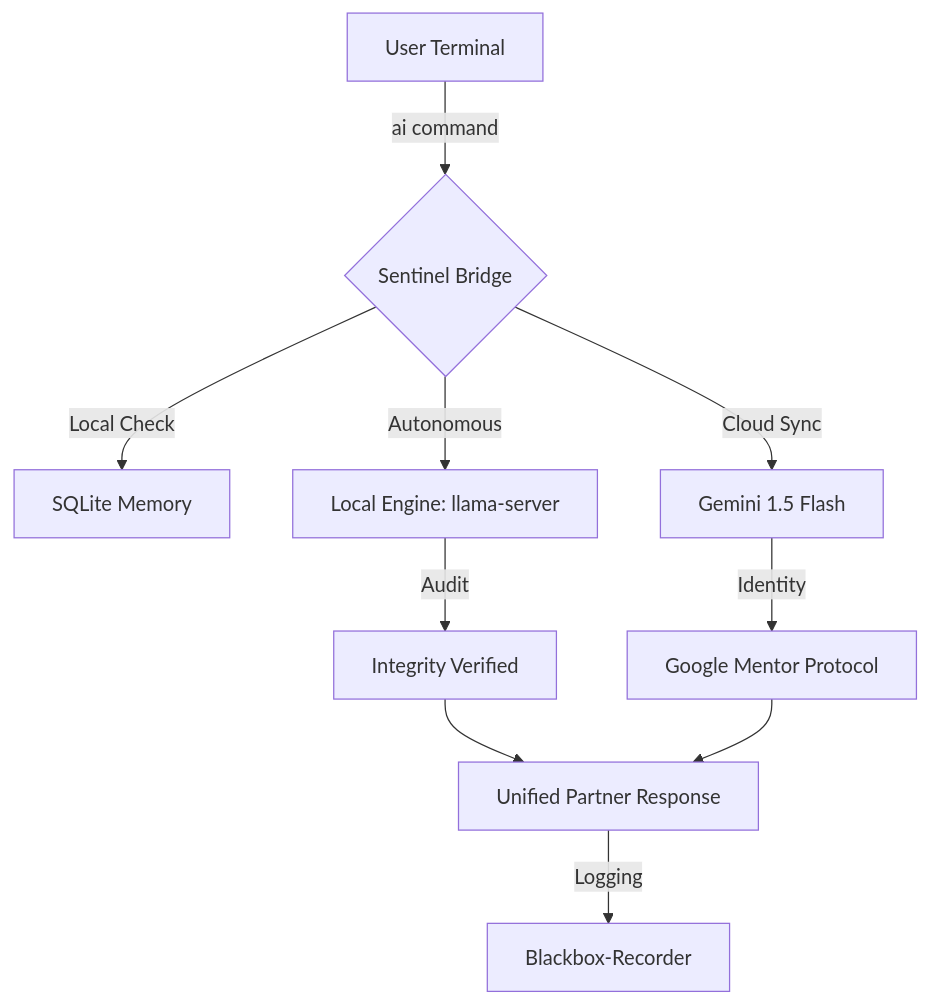
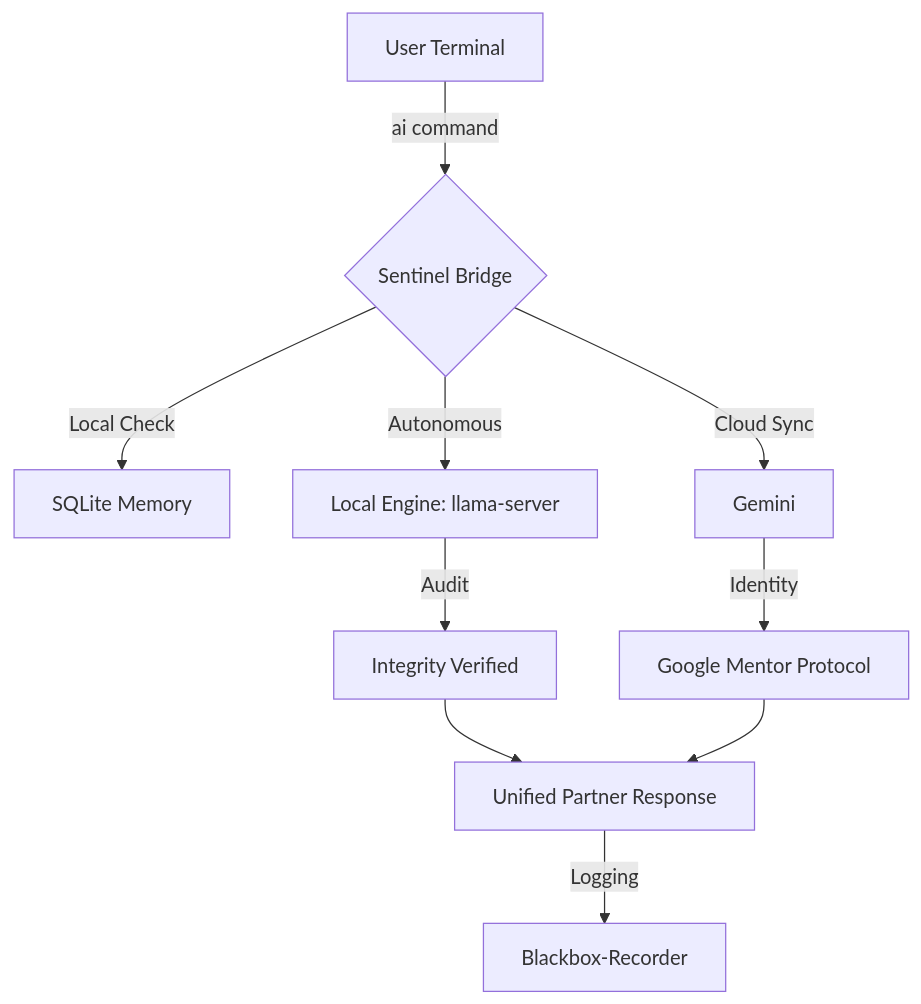
One commit to kun1gund3/Google-Gemini-Sentinel-Bridge-v1.0- changed the diagram in README.md. Above: the diagram before and after it, drawn with Mermaid.

Commit message:
Update cloud sync reference in README

````diff
--- a/README.md
+++ b/README.md
@@ -44,11 +44,11 @@
 ```mermaid
 graph TD
     A[User Terminal] -->|ai command| B{Sentinel Bridge}
     B -->|Local Check| C[SQLite Memory]
     B -->|Autonomous| D[Local Engine: llama-server]
-    B -->|Cloud Sync| E[Gemini 1.5 Flash]
+    B -->|Cloud Sync| E[Gemini]
     D -->|Audit| F[Integrity Verified]
     E -->|Identity| G[Google Mentor Protocol]
     F & G --> H[Unified Partner Response]
     H -->|Logging| I[Blackbox-Recorder]
 ```
````
